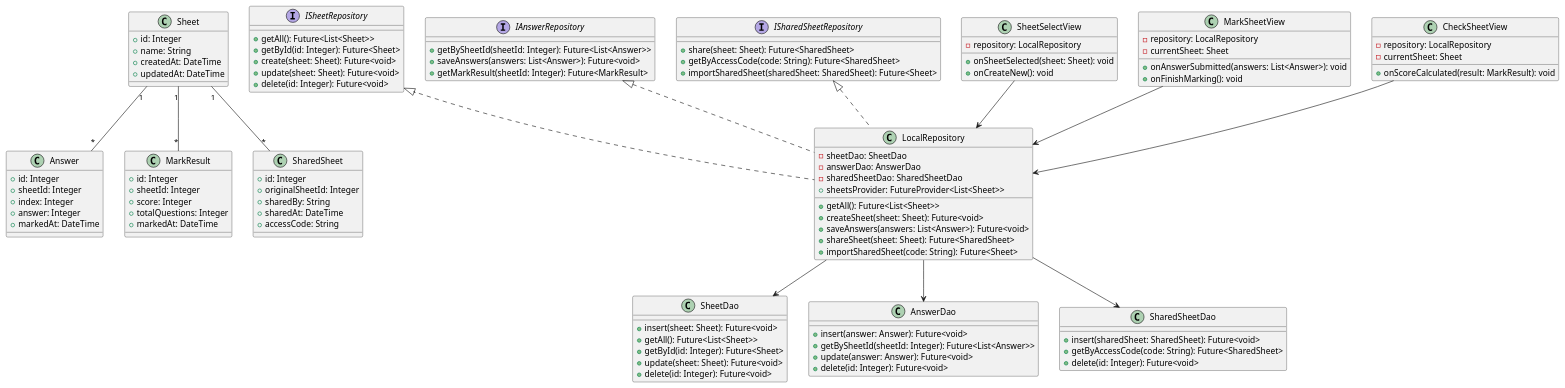
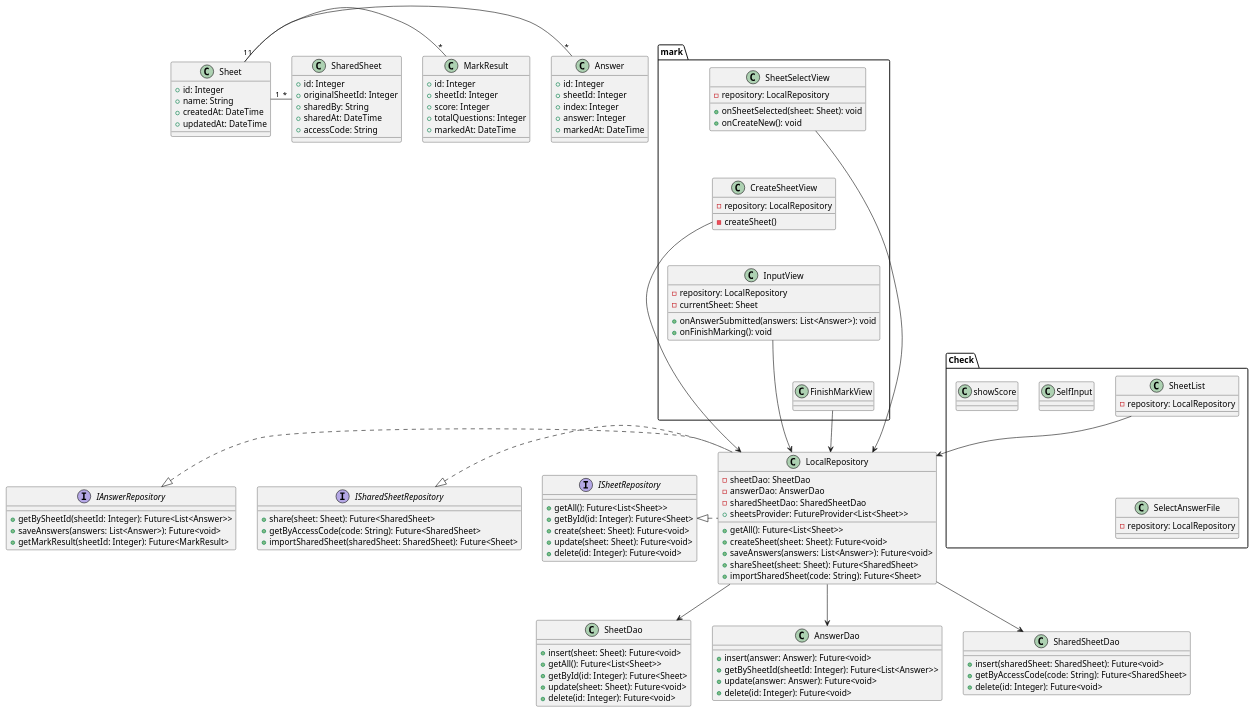
One commit to ryoga404/2025-app changed the diagram in apps_prototype/mark_And_Check_2/BluePrints/domain.puml. Above: the diagram before and after it, drawn with PlantUML. The commit also changed 1 other file, not shown here.

Commit message:
設計図を更新

```diff
--- a/apps_prototype/mark_And_Check_2/BluePrints/domain.puml
+++ b/apps_prototype/mark_And_Check_2/BluePrints/domain.puml
@@ -1,129 +1,153 @@
 @startuml
 'https://plantuml.com/class-diagram
 
 ' エンティティ
 class Sheet {
   +id: Integer
   +name: String
   +createdAt: DateTime
   +updatedAt: DateTime
 }
 
 class Answer {
   +id: Integer
   +sheetId: Integer
   +index: Integer
   +answer: Integer
   +markedAt: DateTime
 }
 
 class MarkResult {
   +id: Integer
   +sheetId: Integer
   +score: Integer
   +totalQuestions: Integer
   +markedAt: DateTime
 }
 
 class SharedSheet {
   +id: Integer
   +originalSheetId: Integer
   +sharedBy: String
   +sharedAt: DateTime
   +accessCode: String
 }
 
 ' リポジトリ
 interface ISheetRepository {
   +getAll(): Future<List<Sheet>>
   +getById(id: Integer): Future<Sheet>
   +create(sheet: Sheet): Future<void>
   +update(sheet: Sheet): Future<void>
   +delete(id: Integer): Future<void>
 }
 
 interface IAnswerRepository {
   +getBySheetId(sheetId: Integer): Future<List<Answer>>
   +saveAnswers(answers: List<Answer>): Future<void>
   +getMarkResult(sheetId: Integer): Future<MarkResult>
 }
 
 interface ISharedSheetRepository {
   +share(sheet: Sheet): Future<SharedSheet>
   +getByAccessCode(code: String): Future<SharedSheet>
   +importSharedSheet(sharedSheet: SharedSheet): Future<Sheet>
 }
 
 ' データアクセス
 class SheetDao {
   +insert(sheet: Sheet): Future<void>
   +getAll(): Future<List<Sheet>>
   +getById(id: Integer): Future<Sheet>
   +update(sheet: Sheet): Future<void>
   +delete(id: Integer): Future<void>
 }
 
 class AnswerDao {
   +insert(answer: Answer): Future<void>
   +getBySheetId(sheetId: Integer): Future<List<Answer>>
   +update(answer: Answer): Future<void>
   +delete(id: Integer): Future<void>
 }
 
 class SharedSheetDao {
   +insert(sharedSheet: SharedSheet): Future<void>
   +getByAccessCode(code: String): Future<SharedSheet>
   +delete(id: Integer): Future<void>
 }
 
 ' リポジトリ実装
 class LocalRepository {
   -sheetDao: SheetDao
   -answerDao: AnswerDao
   -sharedSheetDao: SharedSheetDao
   +sheetsProvider: FutureProvider<List<Sheet>>
   +getAll(): Future<List<Sheet>>
   +createSheet(sheet: Sheet): Future<void>
   +saveAnswers(answers: List<Answer>): Future<void>
   +shareSheet(sheet: Sheet): Future<SharedSheet>
   +importSharedSheet(code: String): Future<Sheet>
 }
 
 ' ビュー
+package mark{
 class SheetSelectView {
   -repository: LocalRepository
   +onSheetSelected(sheet: Sheet): void
   +onCreateNew(): void
 }
 
-class MarkSheetView {
+class InputView {
   -repository: LocalRepository
   -currentSheet: Sheet
   +onAnswerSubmitted(answers: List<Answer>): void
   +onFinishMarking(): void
 }
+class CreateSheetView{
+  -repository: LocalRepository
+  -createSheet()
+}
+class FinishMarkView{
+}
 
-class CheckSheetView {
-  -repository: LocalRepository
-  -currentSheet: Sheet
-  +onScoreCalculated(result: MarkResult): void
+'位置調整
+SheetSelectView -[hidden]- CreateSheetView
+CreateSheetView -[hidden]- InputView
+InputView -[hidden]- FinishMarkView
+}
+
+package Check{
+    class SheetList {
+        -repository: LocalRepository
+    }
+    class SelectAnswerFile{
+        -repository: LocalRepository
+
+    }
+    class SelfInput{
+    }
+    class showScore
+'位置調整
+ SheetList -[hidden]- SelectAnswerFile
 }
 
 ' リレーションシップ
-Sheet "1" -- "*" Answer
-Sheet "1" -- "*" MarkResult
-Sheet "1" -- "*" SharedSheet
+Sheet "1" - "*" Answer
+Sheet "1" - "*" MarkResult
+Sheet "1" - "*" SharedSheet
 
-ISheetRepository <|.. LocalRepository
-IAnswerRepository <|.. LocalRepository
-ISharedSheetRepository <|.. LocalRepository
+ISheetRepository <|.r. LocalRepository
+IAnswerRepository <|.r. LocalRepository
+ISharedSheetRepository <|.r. LocalRepository
 
-LocalRepository --> SheetDao
-LocalRepository --> AnswerDao
-LocalRepository --> SharedSheetDao
+LocalRepository -d-> SheetDao
+LocalRepository -d-> AnswerDao
+LocalRepository -d-> SharedSheetDao
 
-SheetSelectView --> LocalRepository
-MarkSheetView --> LocalRepository
-CheckSheetView --> LocalRepository
+SheetSelectView -d-> LocalRepository
+CreateSheetView -d-> LocalRepository
+InputView -d-> LocalRepository
+FinishMarkView -d-> LocalRepository
+SheetList -d-> LocalRepository
 
 @enduml
```
